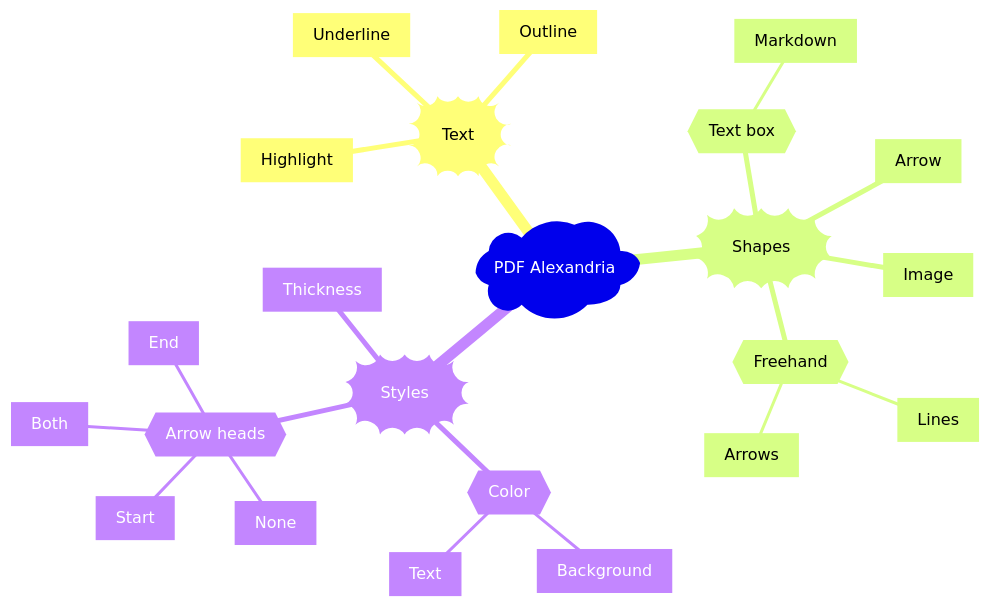
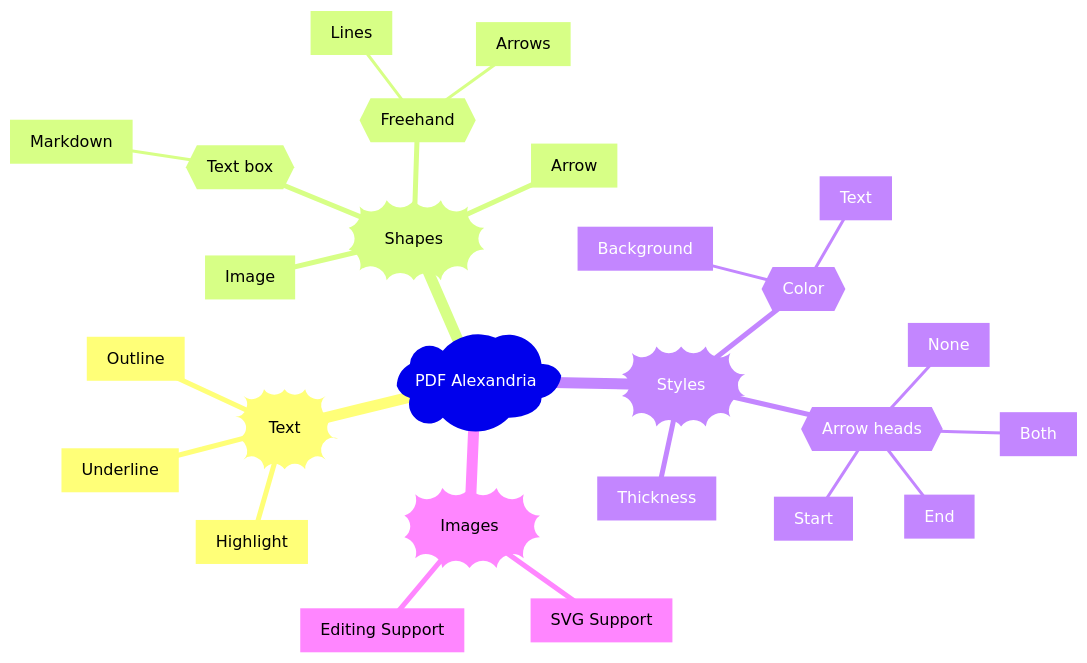
One commit to sadaszewski/pdfalexandria changed the diagram in README.md. Above: the diagram before and after it, drawn with Mermaid.

````diff
--- a/README.md
+++ b/README.md
@@ -13,26 +13,29 @@
 ```mermaid
 mindmap
   root)PDF Alexandria(
     id))Text((
       id[Highlight]
       id[Outline]
       id[Underline]
     id))Shapes((
       id{{Text box}}
         id[Markdown]
       id[Arrow]
       id[Image]
       id{{Freehand}}
         id[Lines]
         id[Arrows]
     id))Styles((
       id{{Color}}
         id[Background]
         id[Text]
       id[Thickness]
       id{{Arrow heads}}
         id[Start]
         id[End]
         id[Both]
         id[None]
+    id))Images((
+      id[SVG Support]
+      id[Editing Support]
 ```
````
